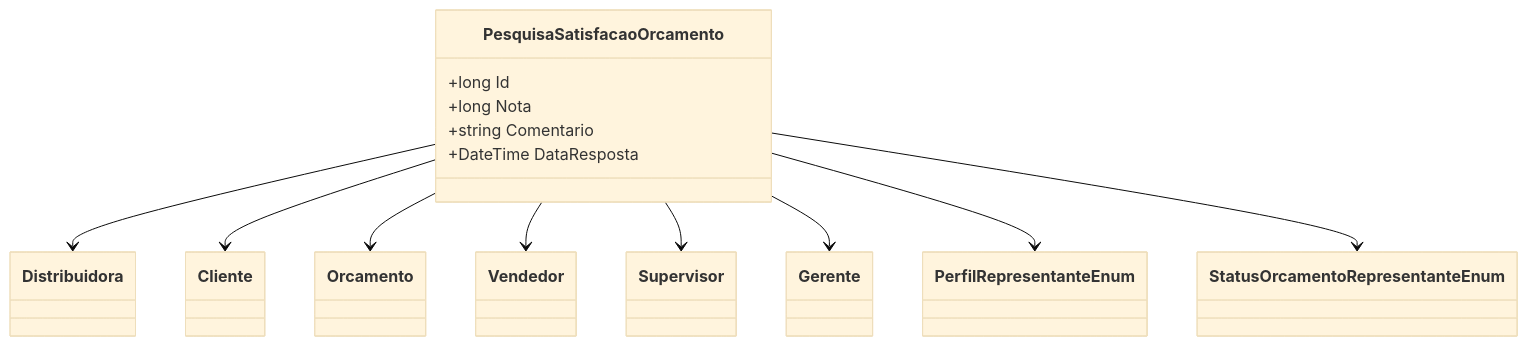
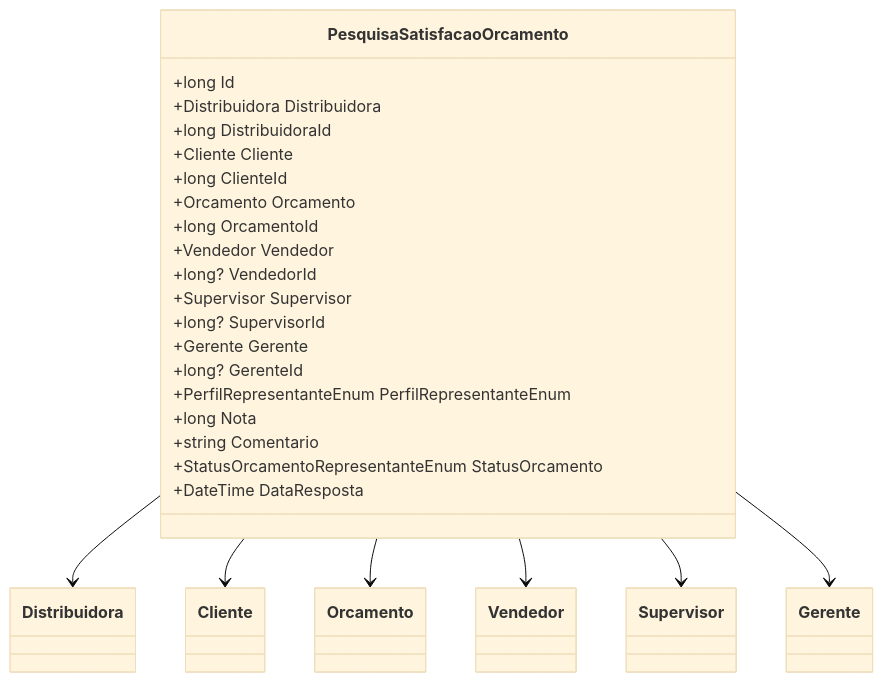
One commit to IsthmusSistemas/documentacao-tecnica changed the diagram in docs/b2b-dominio/IsthmusWinthor.Nucleo/IsthmusWinthor.Dominio/Entidades/PesquisaSatisfacaoOrcamento.md. Above: the diagram before and after it, drawn with Mermaid (base theme). The commit also changed other lines of this file and 882 other files, not shown here.

````diff
--- a/docs/b2b-dominio/IsthmusWinthor.Nucleo/IsthmusWinthor.Dominio/Entidades/PesquisaSatisfacaoOrcamento.md
+++ b/docs/b2b-dominio/IsthmusWinthor.Nucleo/IsthmusWinthor.Dominio/Entidades/PesquisaSatisfacaoOrcamento.md
@@ -27,26 +27,29 @@
 ```mermaid
 classDiagram
     class PesquisaSatisfacaoOrcamento {
         +long Id
+        +Distribuidora Distribuidora
+        +long DistribuidoraId
+        +Cliente Cliente
+        +long ClienteId
+        +Orcamento Orcamento
+        +long OrcamentoId
+        +Vendedor Vendedor
+        +long? VendedorId
+        +Supervisor Supervisor
+        +long? SupervisorId
+        +Gerente Gerente
+        +long? GerenteId
+        +PerfilRepresentanteEnum PerfilRepresentanteEnum
         +long Nota
         +string Comentario
+        +StatusOrcamentoRepresentanteEnum StatusOrcamento
         +DateTime DataResposta
     }
-    class Distribuidora
-    class Cliente
-    class Orcamento
-    class Vendedor
-    class Supervisor
-    class Gerente
-    class PerfilRepresentanteEnum
-    class StatusOrcamentoRepresentanteEnum
-    
     PesquisaSatisfacaoOrcamento --> Distribuidora
     PesquisaSatisfacaoOrcamento --> Cliente
     PesquisaSatisfacaoOrcamento --> Orcamento
     PesquisaSatisfacaoOrcamento --> Vendedor
     PesquisaSatisfacaoOrcamento --> Supervisor
     PesquisaSatisfacaoOrcamento --> Gerente
-    PesquisaSatisfacaoOrcamento --> PerfilRepresentanteEnum
-    PesquisaSatisfacaoOrcamento --> StatusOrcamentoRepresentanteEnum
 ```
````
